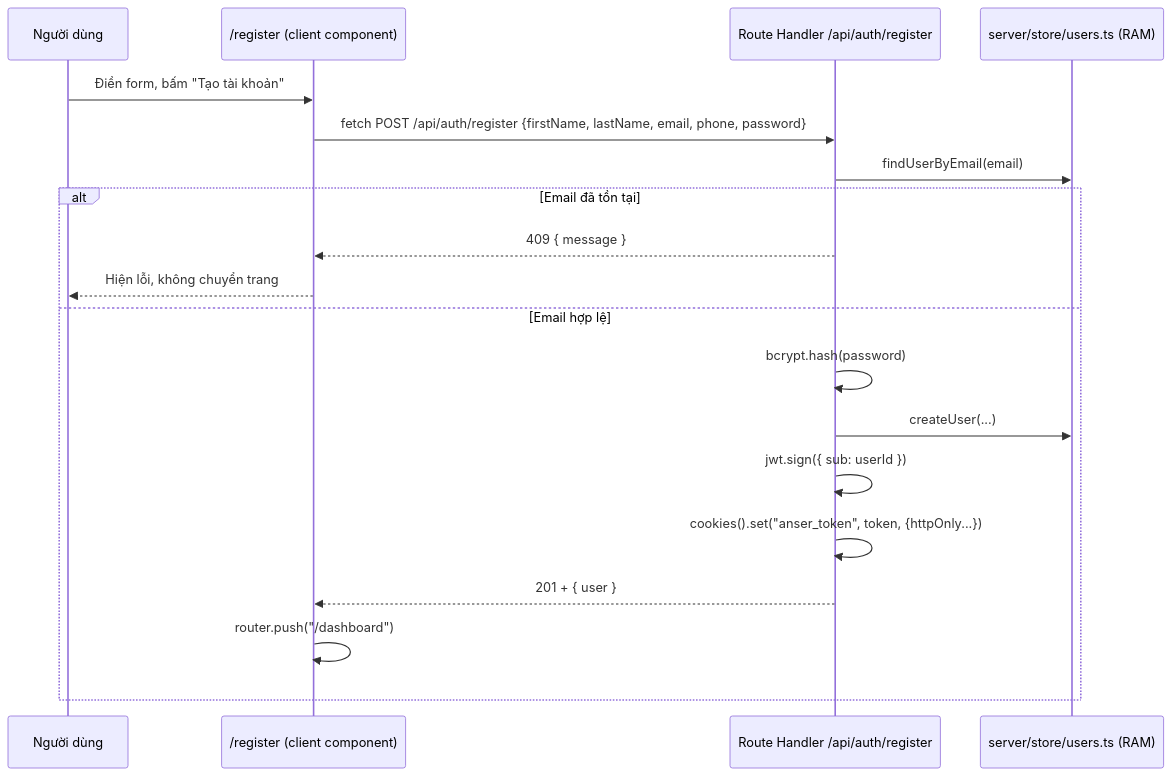
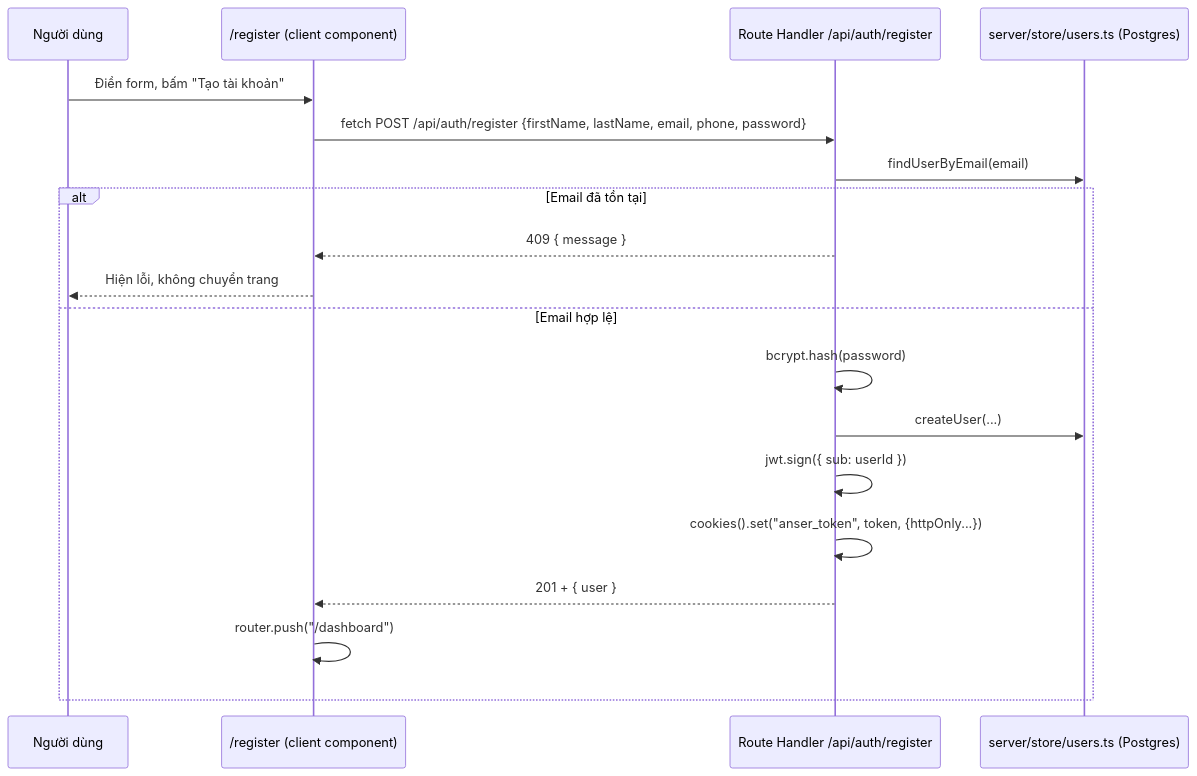
The first of 2 diagrams in docs/architecture/ARCHITECTURE.md (ANSER-Logistics/ANSER-logistics-body), drawn with Mermaid before and after one commit. The commit also changed other lines of this file and 8 other files, not shown here.

````diff
--- a/docs/architecture/ARCHITECTURE.md
+++ b/docs/architecture/ARCHITECTURE.md
@@ -319,22 +331,22 @@
 ```mermaid
 sequenceDiagram
     participant U as Người dùng
     participant F as /register (client component)
     participant R as Route Handler /api/auth/register
-    participant S as server/store/users.ts (RAM)
+    participant S as server/store/users.ts (Postgres)
 
     U->>F: Điền form, bấm "Tạo tài khoản"
     F->>R: fetch POST /api/auth/register {firstName, lastName, email, phone, password}
     R->>S: findUserByEmail(email)
     alt Email đã tồn tại
         R-->>F: 409 { message }
         F-->>U: Hiện lỗi, không chuyển trang
     else Email hợp lệ
         R->>R: bcrypt.hash(password)
         R->>S: createUser(...)
         R->>R: jwt.sign({ sub: userId })
         R->>R: cookies().set("anser_token", token, {httpOnly...})
         R-->>F: 201 + { user }
         F->>F: router.push("/dashboard")
     end
 ```
````
